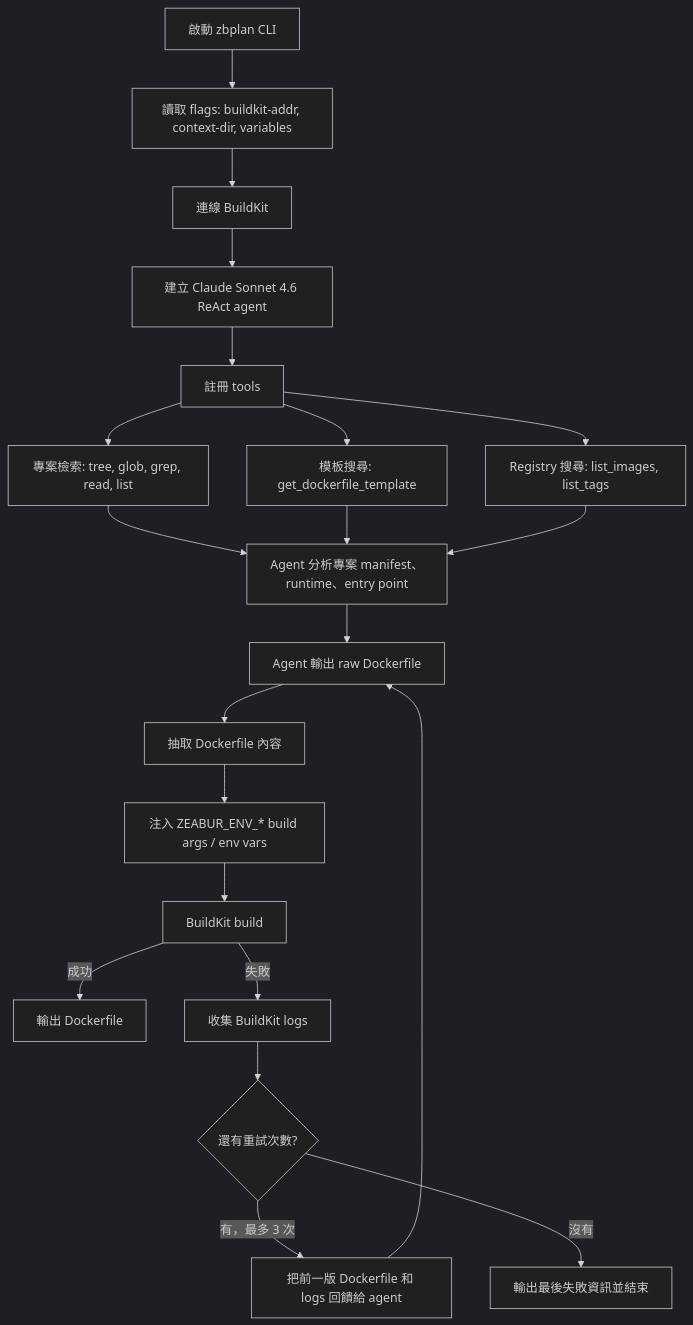
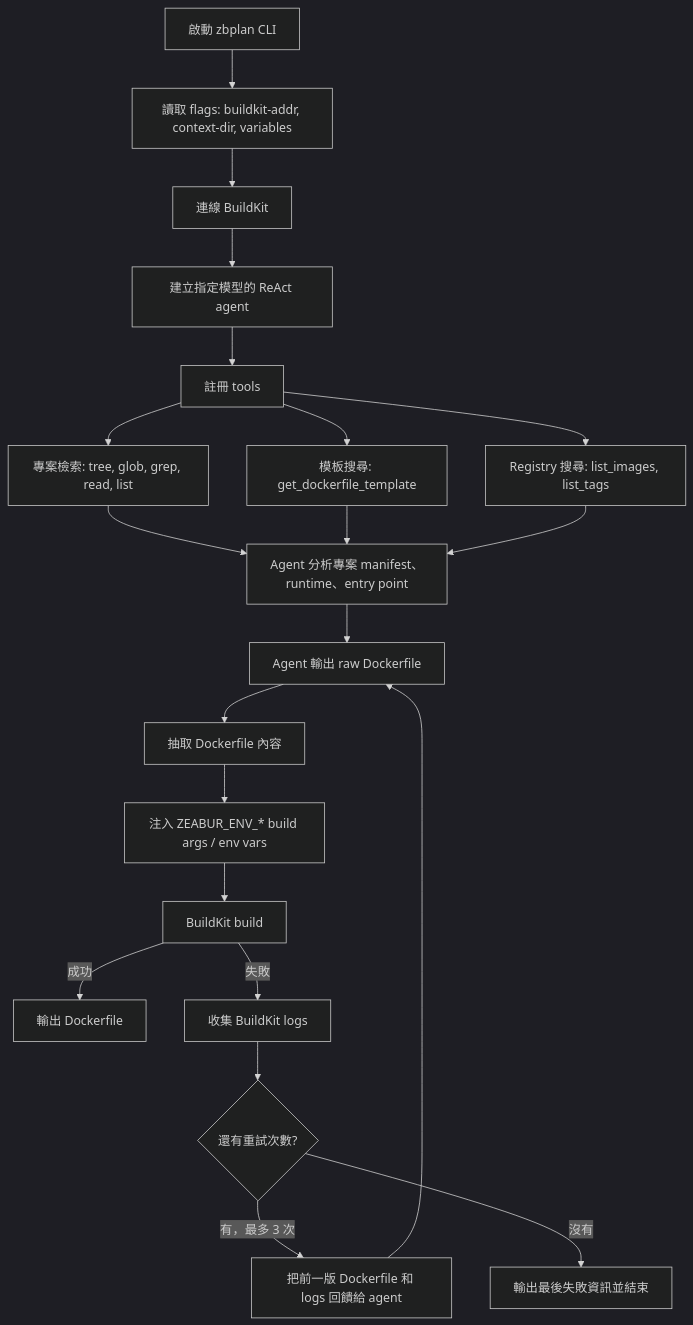
One commit to zeabur/zbplan changed the diagram in README.zh-TW.md. Above: the diagram before and after it, drawn with Mermaid (dark theme). The commit also changed other lines of this file and 10 other files, not shown here.

````diff
--- a/README.zh-TW.md
+++ b/README.zh-TW.md
@@ -86,27 +86,27 @@
 ```mermaid
 flowchart TD
     A[啟動 zbplan CLI] --> B[讀取 flags: buildkit-addr, context-dir, variables]
     B --> C[連線 BuildKit]
-    C --> D[建立 Claude Sonnet 4.6 ReAct agent]
+    C --> D[建立指定模型的 ReAct agent]
     D --> E[註冊 tools]
 
     E --> E1[專案檢索: tree, glob, grep, read, list]
     E --> E2[模板搜尋: get_dockerfile_template]
     E --> E3[Registry 搜尋: list_images, list_tags]
 
     E1 --> F[Agent 分析專案 manifest、runtime、entry point]
     E2 --> F
     E3 --> F
 
     F --> G[Agent 輸出 raw Dockerfile]
     G --> H[抽取 Dockerfile 內容]
     H --> I[注入 ZEABUR_ENV_* build args / env vars]
     I --> J[BuildKit build]
 
     J -->|成功| K[輸出 Dockerfile]
     J -->|失敗| L[收集 BuildKit logs]
     L --> M{還有重試次數?}
     M -->|有，最多 3 次| N[把前一版 Dockerfile 和 logs 回饋給 agent]
     N --> G
     M -->|沒有| O[輸出最後失敗資訊並結束]
 ```
````
